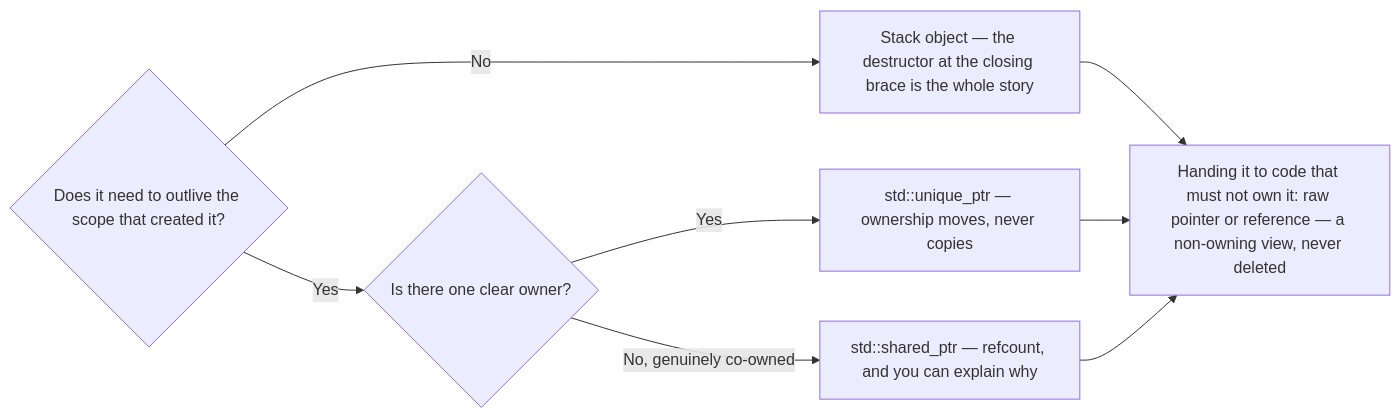
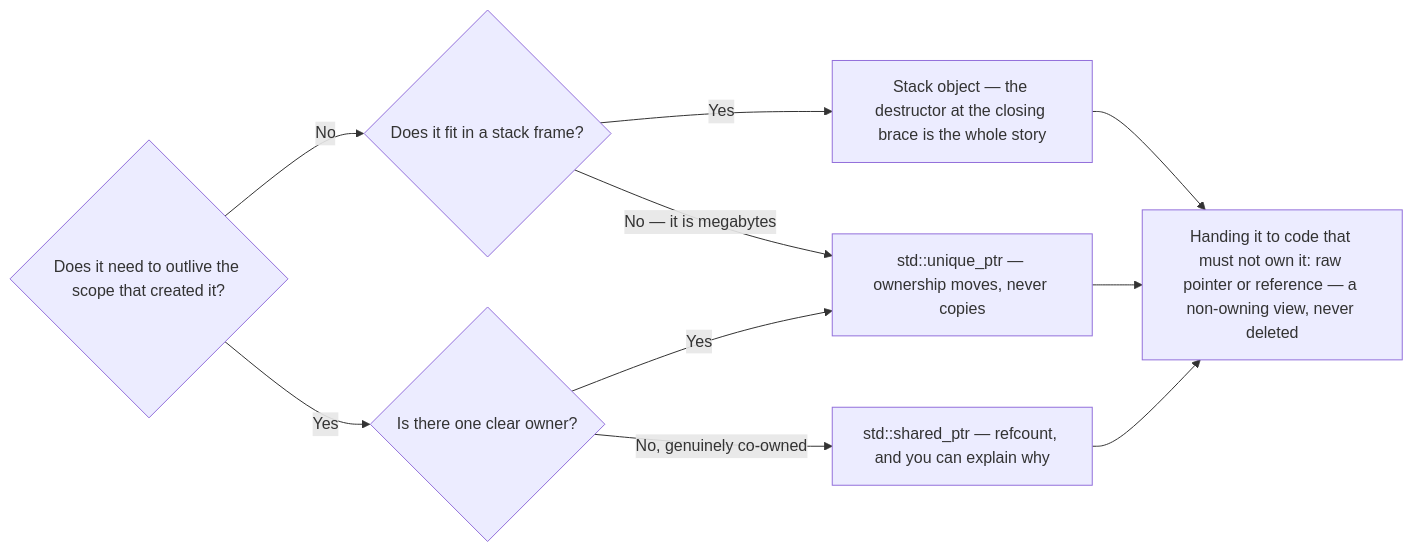
One commit to mkhomutov/going-unmanaged changed the first of 2 diagrams in book/01-ownership-and-raii.md. Above: the diagram before and after it, drawn with Mermaid. The commit also changed other lines of this file and 13 other files, not shown here.

First line of the commit message:
Appendix F: Recipes 33–34 — an owned object as a field, and an object too big for the stack (#82)

````diff
--- a/book/01-ownership-and-raii.md
+++ b/book/01-ownership-and-raii.md
@@ -51,10 +51,12 @@
 ```mermaid
 flowchart LR
-    Q1{"Does it need to outlive the scope that created it?"} -->|No| STK["Stack object — the destructor at the closing brace is the whole story"]
+    Q1{"Does it need to outlive the scope that created it?"} -->|No| Q0{"Does it fit in a stack frame?"}
+    Q0 -->|Yes| STK["Stack object — the destructor at the closing brace is the whole story"]
+    Q0 -->|"No — it is megabytes"| UP["std::unique_ptr — ownership moves, never copies"]
     Q1 -->|Yes| Q2{"Is there one clear owner?"}
-    Q2 -->|Yes| UP["std::unique_ptr — ownership moves, never copies"]
+    Q2 -->|Yes| UP
     Q2 -->|"No, genuinely co-owned"| SP["std::shared_ptr — refcount, and you can explain why"]
     STK --> VIEW["Handing it to code that must not own it: raw pointer or reference — a non-owning view, never deleted"]
     UP --> VIEW
     SP --> VIEW
 ```
````
